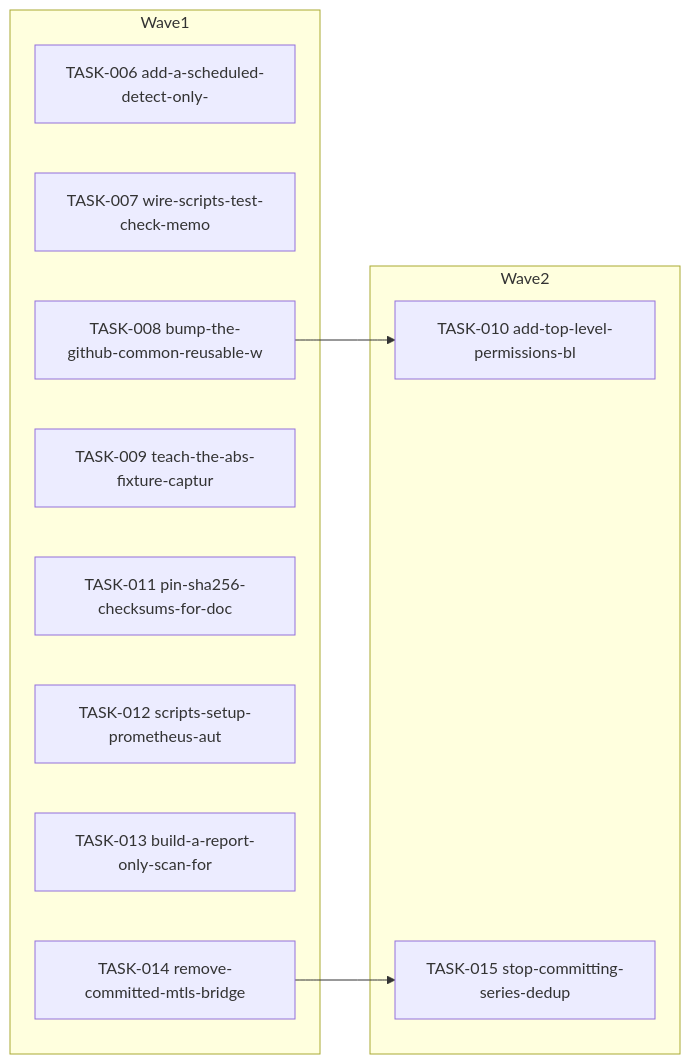
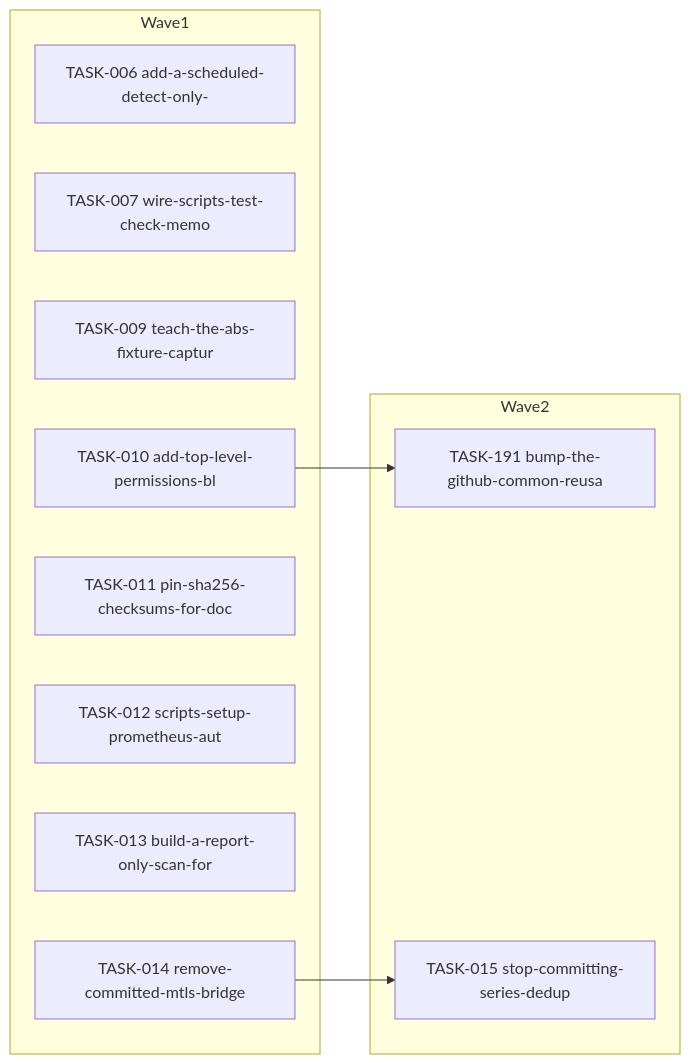
The diagram in docs/agent-tasks/todo-completion/ci-tooling/orchestration.md (falkcorp/audiobook-organizer), drawn with Mermaid before and after one commit. The commit also changed other lines of this file and 275 other files, not shown here.

````diff
--- a/docs/agent-tasks/todo-completion/ci-tooling/orchestration.md
+++ b/docs/agent-tasks/todo-completion/ci-tooling/orchestration.md
@@ -12,19 +12,19 @@
 ```mermaid
 flowchart LR
     subgraph Wave1
       TASK006[TASK-006 add-a-scheduled-detect-only-]
       TASK007[TASK-007 wire-scripts-test-check-memo]
-      TASK008[TASK-008 bump-the-github-common-reusable-w]
       TASK009[TASK-009 teach-the-abs-fixture-captur]
+      TASK010[TASK-010 add-top-level-permissions-bl]
       TASK011[TASK-011 pin-sha256-checksums-for-doc]
       TASK012[TASK-012 scripts-setup-prometheus-aut]
       TASK013[TASK-013 build-a-report-only-scan-for]
       TASK014[TASK-014 remove-committed-mtls-bridge]
     end
     subgraph Wave2
-      TASK010[TASK-010 add-top-level-permissions-bl]
+      TASK191[TASK-191 bump-the-github-common-reusa]
       TASK015[TASK-015 stop-committing-series-dedup]
     end
-    TASK008 --> TASK010
+    TASK010 --> TASK191
     TASK014 --> TASK015
 ```
````
